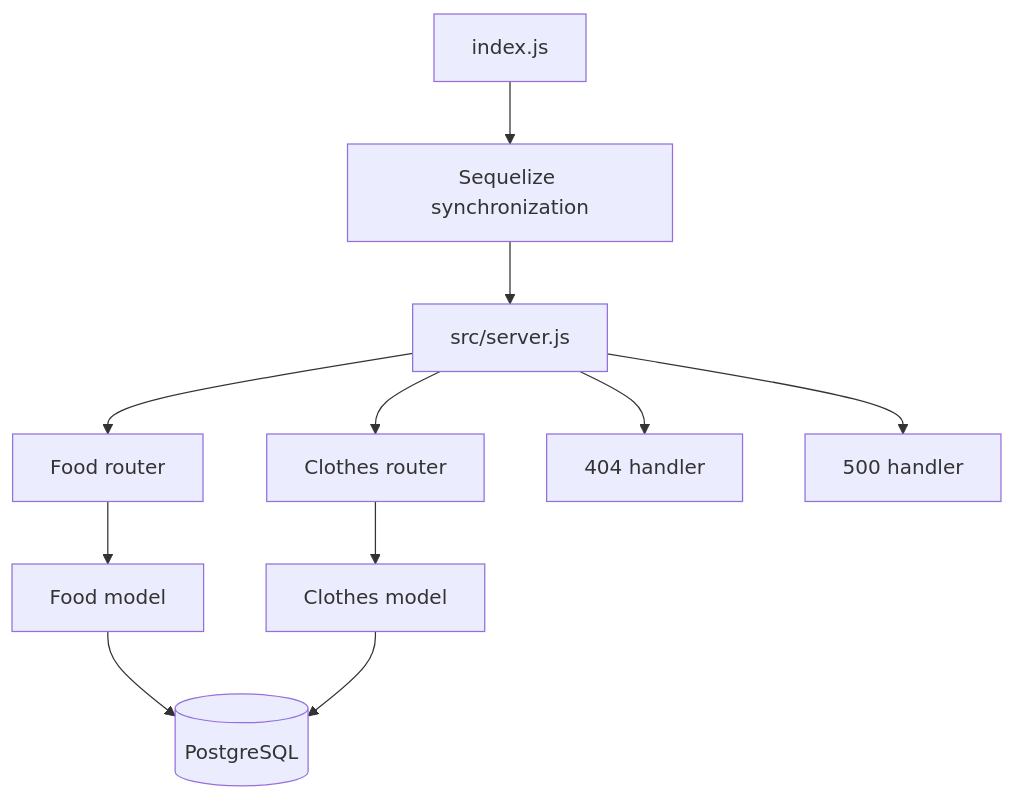
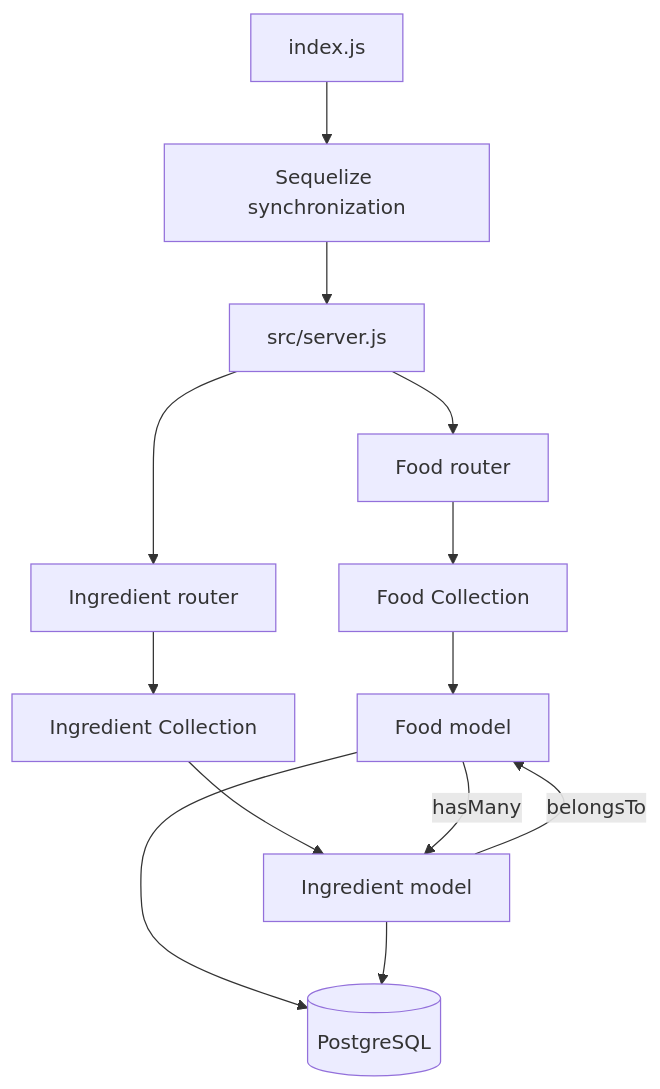
One commit to tonch-LIV/api_Server changed the diagram in README.md. Above: the diagram before and after it, drawn with Mermaid. The commit also changed other lines of this file, not shown here.

Commit message:
Document data abstraction and model associations

````diff
--- a/README.md
+++ b/README.md
@@ -55,13 +59,15 @@
 ```mermaid
 flowchart TD
     A[index.js] --> B[Sequelize synchronization]
     B --> C[src/server.js]
     C --> D[Food router]
-    C --> E[Clothes router]
-    D --> F[Food model]
-    E --> G[Clothes model]
-    F --> H[(PostgreSQL)]
-    G --> H
-    C --> I[404 handler]
-    C --> J[500 handler]
+    C --> E[Ingredient router]
+    D --> F[Food Collection]
+    E --> G[Ingredient Collection]
+    F --> H[Food model]
+    G --> I[Ingredient model]
+    H -->|hasMany| I
+    I -->|belongsTo| H
+    H --> J[(PostgreSQL)]
+    I --> J
 ```
````
